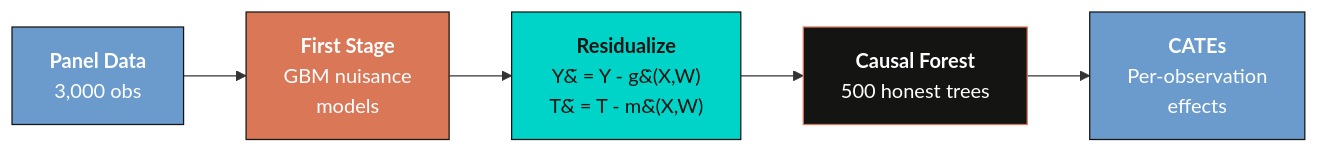
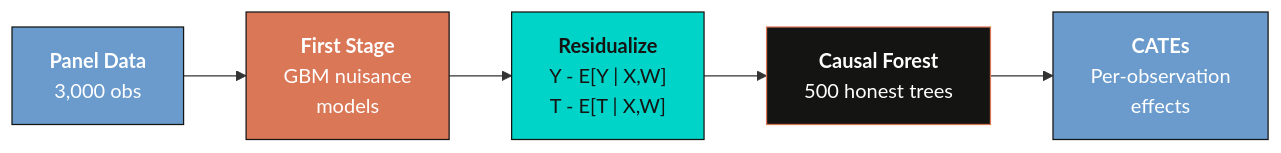
The diagram in content/post/python_EconML/index.md (cmg777/starter-academic-v501), drawn with Mermaid before and after one commit.

Commit message:
Fix Mermaid Residualize node in python_EconML post
The HTML numeric entities &#771; (combining tilde) and &#770; (combining
circumflex) did not survive the Hugo Goldmark -> Mermaid pipeline cleanly:
readers saw literal "Y&" and "T&" followed by orphan combining marks
instead of the intended Y-tilde / T-tilde and g-hat / m-hat glyphs.

Replace with ASCII conditional-expectation notation:
  Y - E[Y | X,W]
  T - E[T | X,W]

This matches the working precedent in content/post/python_dowhy/index.md
(Mermaid node labels with E[Y | X, T] / P(T | X)) and aligns the diagram
with the prose at index.md:118 which already writes residualization in
this same E[.|.] form.

````diff
--- a/content/post/python_EconML/index.md
+++ b/content/post/python_EconML/index.md
@@ -148,16 +148,16 @@
 ```mermaid
 flowchart LR
     A["<b>Panel Data</b><br/>3,000 obs"]:::data
     B["<b>First Stage</b><br/>GBM nuisance<br/>models"]:::first
-    C["<b>Residualize</b><br/>Y&#771; = Y - g&#770;(X,W)<br/>T&#771; = T - m&#770;(X,W)"]:::resid
+    C["<b>Residualize</b><br/>Y - E[Y | X,W]<br/>T - E[T | X,W]"]:::resid
     D["<b>Causal Forest</b><br/>500 honest trees"]:::forest
     E["<b>CATEs</b><br/>Per-observation<br/>effects"]:::cate
 
     A --> B --> C --> D --> E
 
     classDef data fill:#6a9bcc,stroke:#141413,color:#fff
     classDef first fill:#d97757,stroke:#141413,color:#fff
     classDef resid fill:#00d4c8,stroke:#141413,color:#141413
     classDef forest fill:#141413,stroke:#d97757,color:#fff
     classDef cate fill:#6a9bcc,stroke:#141413,color:#fff
 ```
````
